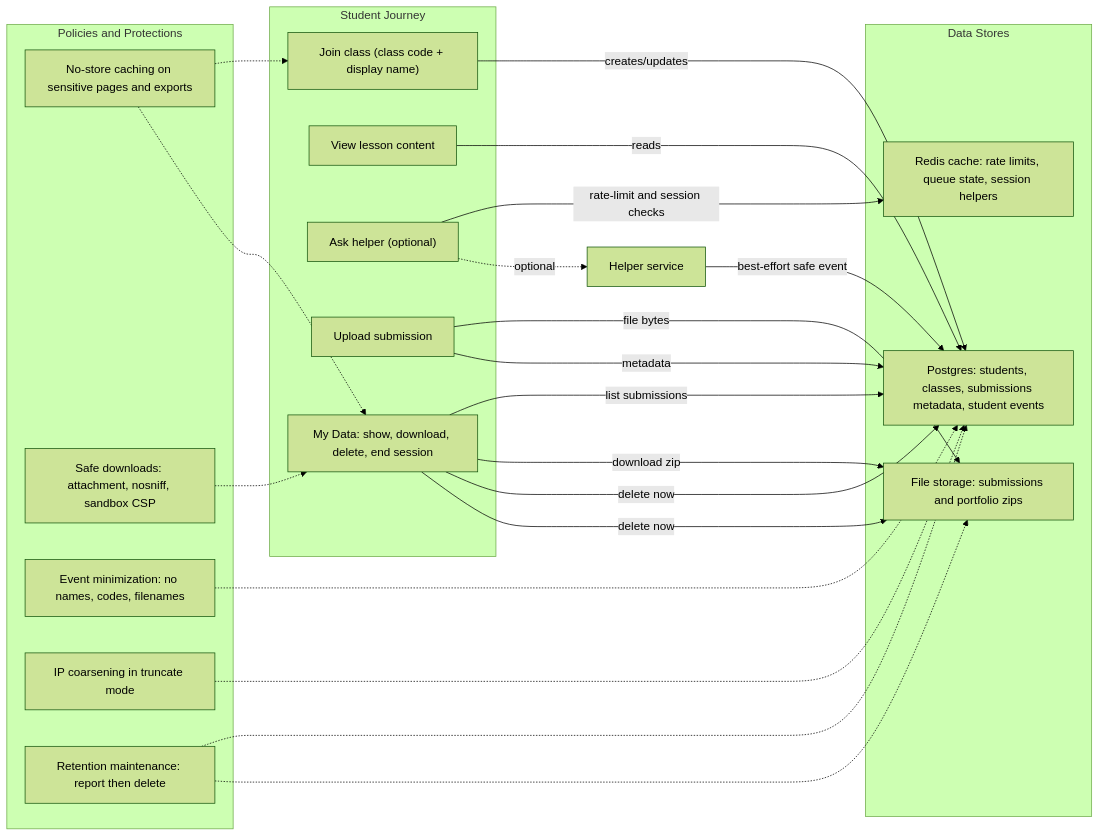
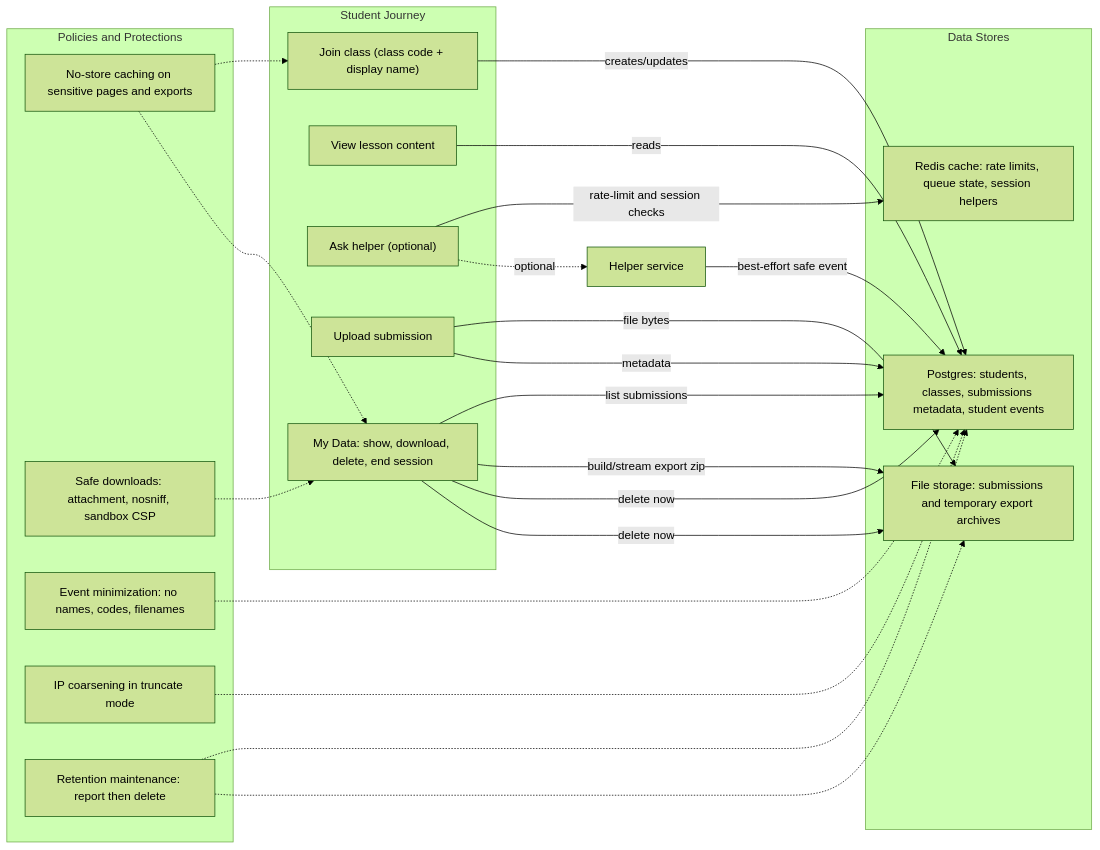
One commit to bseverns/classhub changed the diagram in docs/PRIVACY-ADDENDUM.md. Above: the diagram before and after it, drawn with Mermaid (forest theme). The commit also changed 2 other files, not shown here.

Commit message:
Correct architecture/privacy diagrams and scale Map C

````diff
--- a/docs/PRIVACY-ADDENDUM.md
+++ b/docs/PRIVACY-ADDENDUM.md
@@ -17,46 +17,46 @@
 ```mermaid
 flowchart LR
   subgraph J["Student Journey"]
     J1["Join class (class code + display name)"]
     J2["View lesson content"]
     J3["Ask helper (optional)"]
     J4["Upload submission"]
     J5["My Data: show, download, delete, end session"]
   end
 
   subgraph D["Data Stores"]
     D1["Postgres: students, classes, submissions metadata, student events"]
-    D2["File storage: submissions and portfolio zips"]
+    D2["File storage: submissions and temporary export archives"]
     D3["Redis cache: rate limits, queue state, session helpers"]
   end
 
   subgraph P["Policies and Protections"]
     P1["No-store caching on sensitive pages and exports"]
     P2["Safe downloads: attachment, nosniff, sandbox CSP"]
     P3["Event minimization: no names, codes, filenames"]
     P4["IP coarsening in truncate mode"]
     P5["Retention maintenance: report then delete"]
   end
 
   J1 -->|creates/updates| D1
   J2 -->|reads| D1
   J3 -->|rate-limit and session checks| D3
   J3 -. optional .-> H["Helper service"]
   H -->|best-effort safe event| D1
 
   J4 -->|file bytes| D2
   J4 -->|metadata| D1
 
   J5 -->|list submissions| D1
-  J5 -->|download zip| D2
+  J5 -->|build/stream export zip| D2
   J5 -->|delete now| D1
   J5 -->|delete now| D2
 
   P1 -.-> J1
   P1 -.-> J5
   P2 -.-> J5
   P3 -.-> D1
   P4 -.-> D1
   P5 -.-> D1
   P5 -.-> D2
 ```
````
